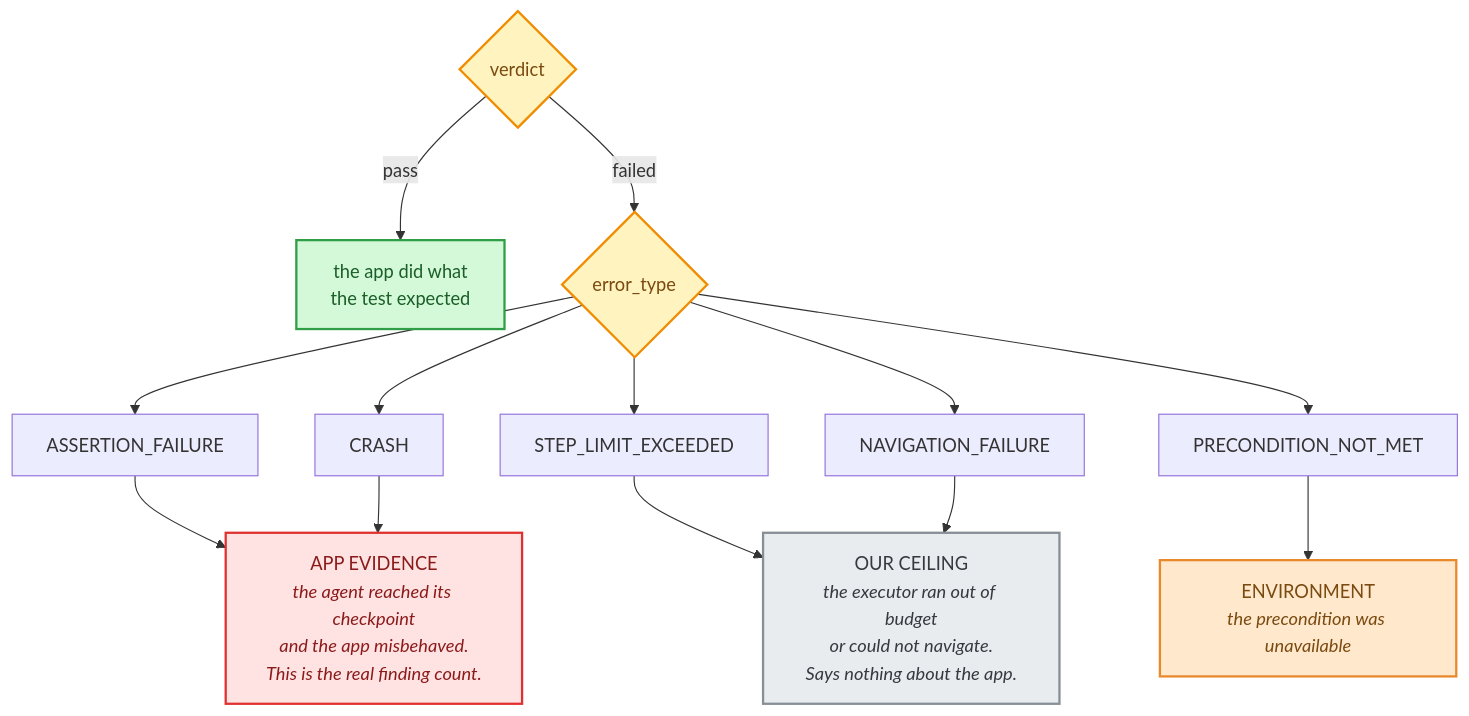
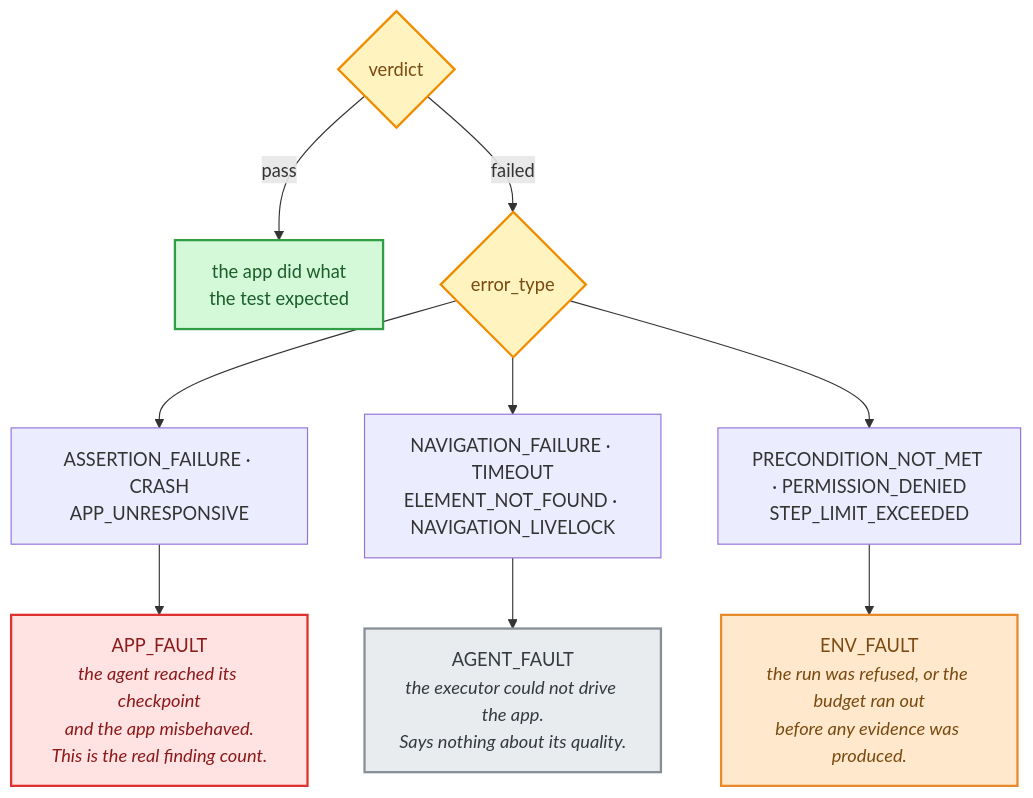
The ninth of 17 diagrams in docs/DIAGRAMS.md (raihanrsdV1/Exploratory-Testing-Planner-Agent), drawn with Mermaid before and after one commit. The commit also changed other lines of this file and 25 other files, not shown here.

````diff
--- a/docs/DIAGRAMS.md
+++ b/docs/DIAGRAMS.md
@@ -357,28 +357,24 @@
 ```mermaid
 flowchart TD
     V{"verdict"} -->|pass| OK["the app did what<br/>the test expected"]
     V -->|failed| ET{"error_type"}
 
-    ET --> AF["ASSERTION_FAILURE"]
-    ET --> SL["STEP_LIMIT_EXCEEDED"]
-    ET --> NF["NAVIGATION_FAILURE"]
-    ET --> CR["CRASH"]
-    ET --> PN["PRECONDITION_NOT_MET"]
+    ET --> AF["ASSERTION_FAILURE · CRASH<br/>APP_UNRESPONSIVE"]
+    ET --> NF["NAVIGATION_FAILURE · TIMEOUT<br/>ELEMENT_NOT_FOUND · NAVIGATION_LIVELOCK"]
+    ET --> PN["PRECONDITION_NOT_MET · PERMISSION_DENIED<br/>STEP_LIMIT_EXCEEDED"]
 
-    AF --> APP["APP EVIDENCE<br/><i>the agent reached its checkpoint<br/>and the app misbehaved.<br/>This is the real finding count.</i>"]
-    CR --> APP
-    SL --> OURS["OUR CEILING<br/><i>the executor ran out of budget<br/>or could not navigate.<br/>Says nothing about the app.</i>"]
-    NF --> OURS
-    PN --> ENV["ENVIRONMENT<br/><i>the precondition was unavailable</i>"]
+    AF --> APP["APP_FAULT<br/><i>the agent reached its checkpoint<br/>and the app misbehaved.<br/>This is the real finding count.</i>"]
+    NF --> OURS["AGENT_FAULT<br/><i>the executor could not drive the app.<br/>Says nothing about its quality.</i>"]
+    PN --> ENV["ENV_FAULT<br/><i>the run was refused, or the budget ran out<br/>before any evidence was produced.</i>"]
 
     classDef ok fill:#D3F9D8,stroke:#2F9E44,stroke-width:2px,color:#1B5E27
     classDef bad fill:#FFE3E3,stroke:#E03131,stroke-width:2px,color:#8B1A1A
     classDef ours fill:#E9ECEF,stroke:#868E96,stroke-width:2px,color:#343A40
     classDef env fill:#FFE8CC,stroke:#E8892B,stroke-width:2px,color:#7A4A10
     classDef decide fill:#FFF3BF,stroke:#F08C00,stroke-width:2px,color:#7A4A10
     class OK ok
     class APP bad
     class OURS ours
     class ENV env
     class V,ET decide
 ```
````
